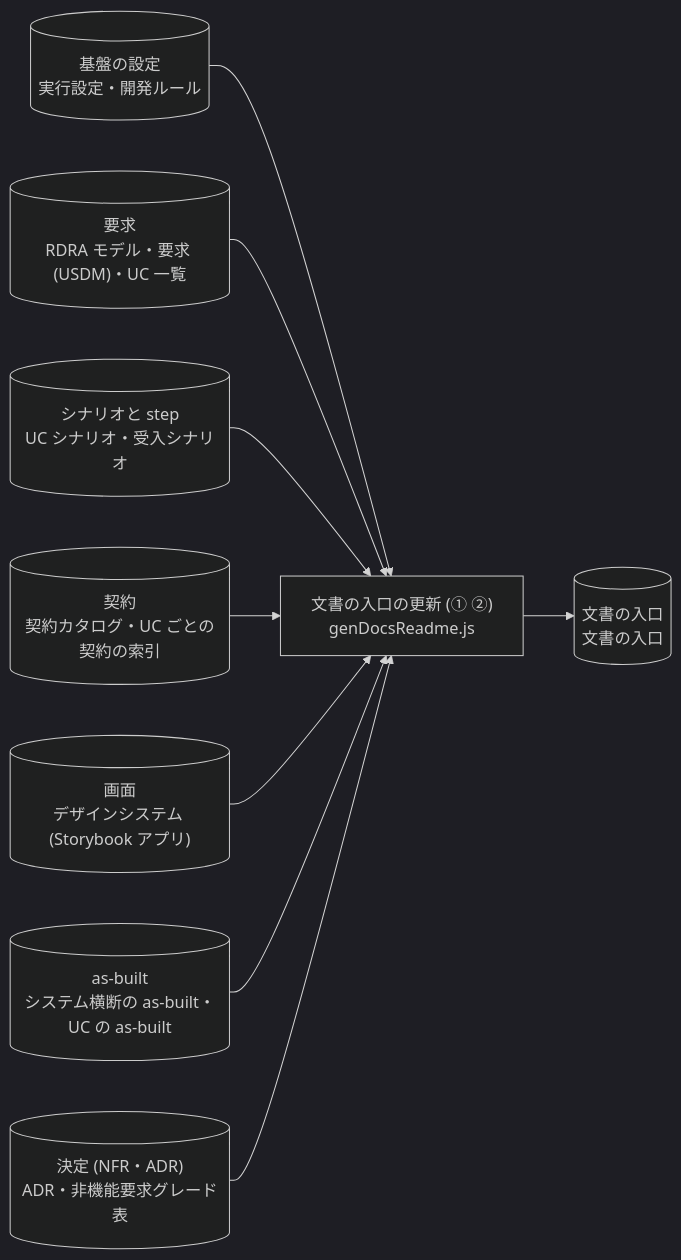
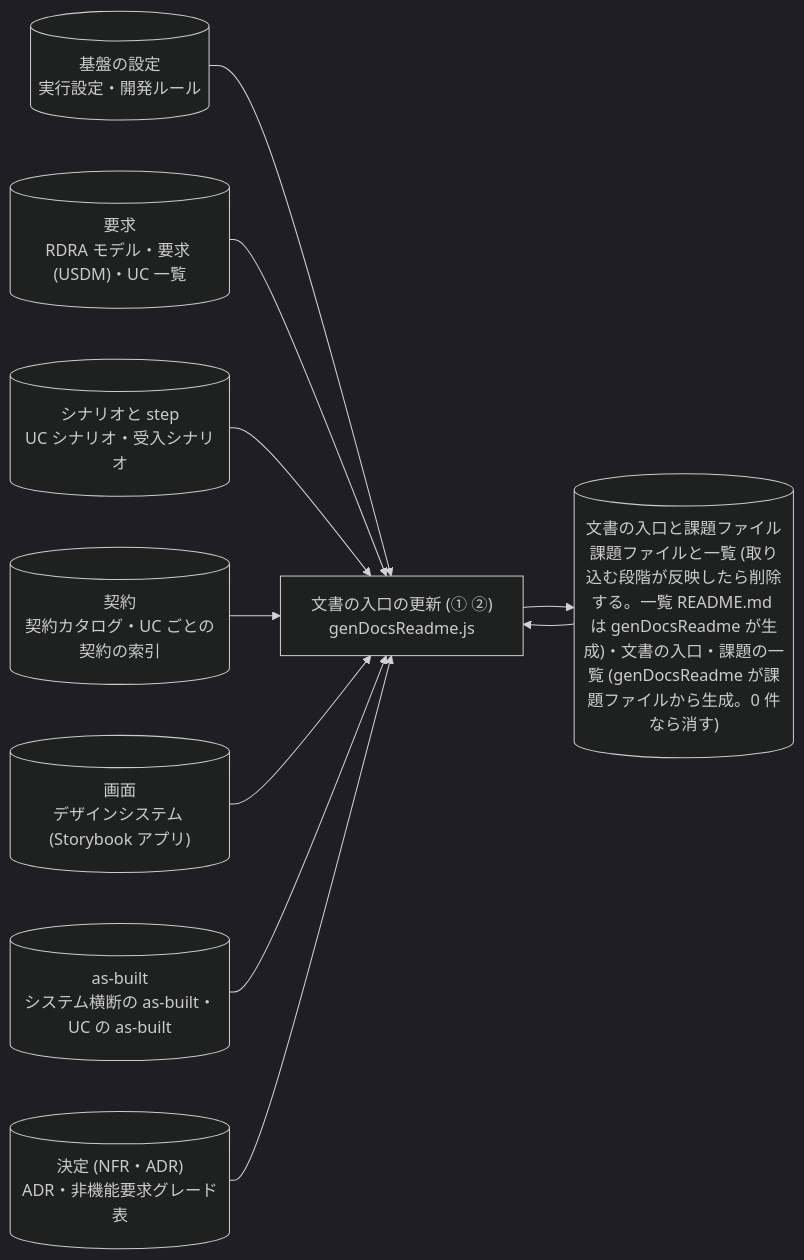
Before and after one commit to suwa-sh/suwa-sh-claude-plugins: the eighth of 45 diagrams in plugins/distillery2/skills/d2-common/references/dataflow.md, drawn with Mermaid (dark theme). The commit also changed other lines of this file and 22 other files, not shown here.

````diff
--- a/plugins/distillery2/skills/d2-common/references/dataflow.md
+++ b/plugins/distillery2/skills/d2-common/references/dataflow.md
@@ -214,20 +235,21 @@
 ```mermaid
 flowchart LR
   p_run_early_docs_readme["文書の入口の更新 (① ②)<br/>genDocsReadme.js"]
   g_settings[("基盤の設定<br/>実行設定・開発ルール")]
   g_requirements[("要求<br/>RDRA モデル・要求 (USDM)・UC 一覧")]
   g_scenarios[("シナリオと step<br/>UC シナリオ・受入シナリオ")]
   g_contracts[("契約<br/>契約カタログ・UC ごとの契約の索引")]
   g_design[("画面<br/>デザインシステム (Storybook アプリ)")]
   g_asbuilt[("as-built<br/>システム横断の as-built・UC の as-built")]
   g_decisions[("決定 (NFR・ADR)<br/>ADR・非機能要求グレード表")]
-  g_docs[("文書の入口<br/>文書の入口")]
+  g_docs[("文書の入口と課題ファイル<br/>課題ファイルと一覧 (取り込む段階が反映したら削除する。一覧 README.md は genDocsReadme が生成)・文書の入口・課題の一覧 (genDocsReadme が課題ファイルから生成。0 件なら消す)")]
   g_settings --> p_run_early_docs_readme
   g_requirements --> p_run_early_docs_readme
   g_scenarios --> p_run_early_docs_readme
   g_contracts --> p_run_early_docs_readme
   g_design --> p_run_early_docs_readme
   g_asbuilt --> p_run_early_docs_readme
   g_decisions --> p_run_early_docs_readme
+  g_docs --> p_run_early_docs_readme
   p_run_early_docs_readme --> g_docs
 ```
````
